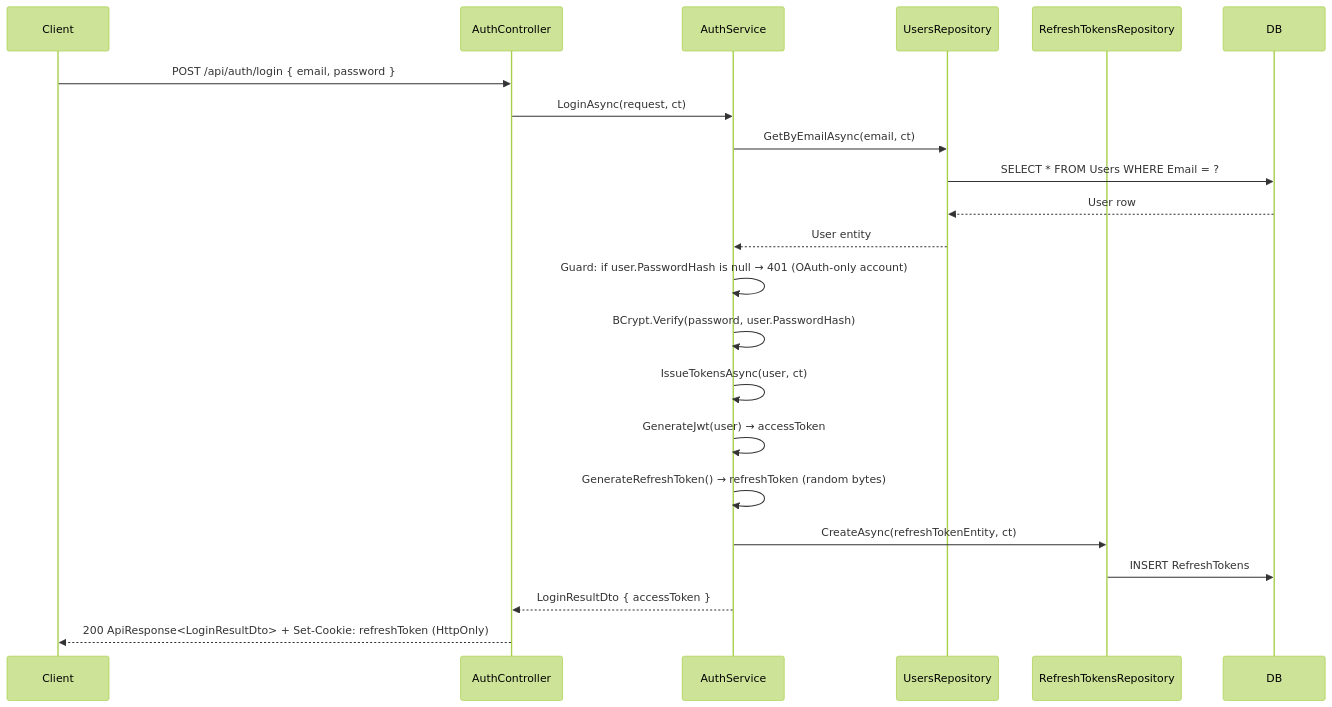
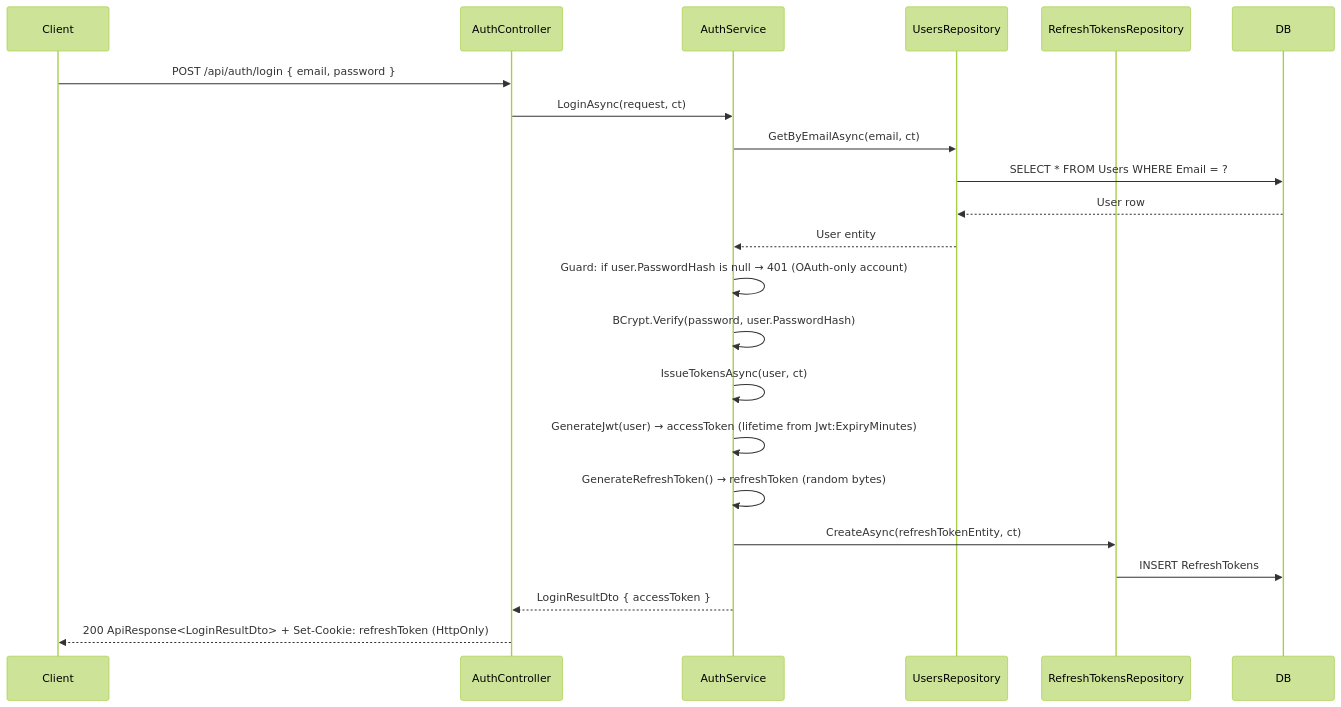
One commit to quocbao19982009/AI-driven-template changed the first of 2 diagrams in feature_docs/authentication/feature-spec-authentication.md. Above: the diagram before and after it, drawn with Mermaid (forest theme). The commit also changed other lines of this file and 14 other files, not shown here.

````diff
--- a/feature_docs/authentication/feature-spec-authentication.md
+++ b/feature_docs/authentication/feature-spec-authentication.md
@@ -106,25 +106,25 @@
 ```mermaid
 sequenceDiagram
     participant Client
     participant AuthController
     participant AuthService
     participant UsersRepository
     participant RefreshTokensRepository
     participant DB
 
     Client->>AuthController: POST /api/auth/login { email, password }
     AuthController->>AuthService: LoginAsync(request, ct)
     AuthService->>UsersRepository: GetByEmailAsync(email, ct)
     UsersRepository->>DB: SELECT * FROM Users WHERE Email = ?
     DB-->>UsersRepository: User row
     UsersRepository-->>AuthService: User entity
     AuthService->>AuthService: Guard: if user.PasswordHash is null → 401 (OAuth-only account)
     AuthService->>AuthService: BCrypt.Verify(password, user.PasswordHash)
     AuthService->>AuthService: IssueTokensAsync(user, ct)
-    AuthService->>AuthService: GenerateJwt(user) → accessToken
+    AuthService->>AuthService: GenerateJwt(user) → accessToken (lifetime from Jwt:ExpiryMinutes)
     AuthService->>AuthService: GenerateRefreshToken() → refreshToken (random bytes)
     AuthService->>RefreshTokensRepository: CreateAsync(refreshTokenEntity, ct)
     RefreshTokensRepository->>DB: INSERT RefreshTokens
     AuthService-->>AuthController: LoginResultDto { accessToken }
     AuthController-->>Client: 200 ApiResponse<LoginResultDto> + Set-Cookie: refreshToken (HttpOnly)
 ```
````
